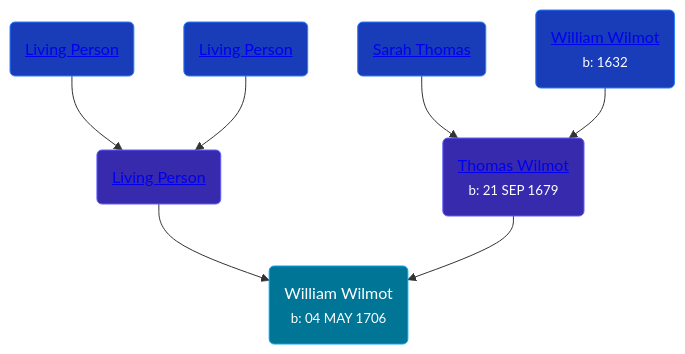
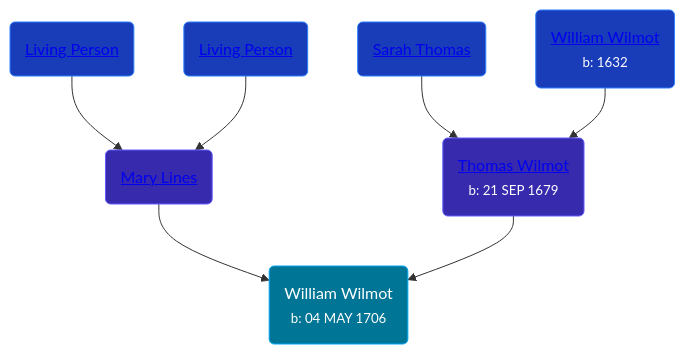
The diagram in pages/people/7/75329141.md (wpmgotkh/wpmgotkh.github.io), drawn with Mermaid before and after one commit. The commit also changed other lines of this file and 586 other files, not shown here.

Commit message:
feat: better shouldConsiderPersonLiving algo

````diff
--- a/pages/people/7/75329141.md
+++ b/pages/people/7/75329141.md
@@ -10,13 +10,13 @@
 ```mermaid
 graph
 classDef grands fill:#193cb8,stroke:#2b7fff,stroke-width:1px,color:#fff;
 classDef parents fill:#372aac,stroke:#615fff,stroke-width:1px,color:#fff;
 classDef primary fill:#007595,stroke:#00a6f4,stroke-width:1px,color:#fff;
 75329141(William Wilmot<br /><small>b: 04 MAY 1706</small>):::primary
-19292651(<a class="text-white" href="/people/1/19292651">Living Person</a>):::parents-->75329141
+19292651(<a class="text-white" href="/people/1/19292651">Mary Lines</a>):::parents-->75329141
 33207612(<a class="text-white" href="/people/3/33207612">Living Person</a>):::grands-->19292651
 80639382(<a class="text-white" href="/people/8/80639382">Living Person</a>):::grands-->19292651
 36930663(<a class="text-white" href="/people/3/36930663">Thomas Wilmot</a><br /><small>b: 21 SEP 1679</small>):::parents-->75329141
 28506175(<a class="text-white" href="/people/2/28506175">Sarah Thomas</a>):::grands-->36930663
 47205976(<a class="text-white" href="/people/4/47205976">William Wilmot</a><br /><small>b: 1632</small>):::grands-->36930663
 ```
````
